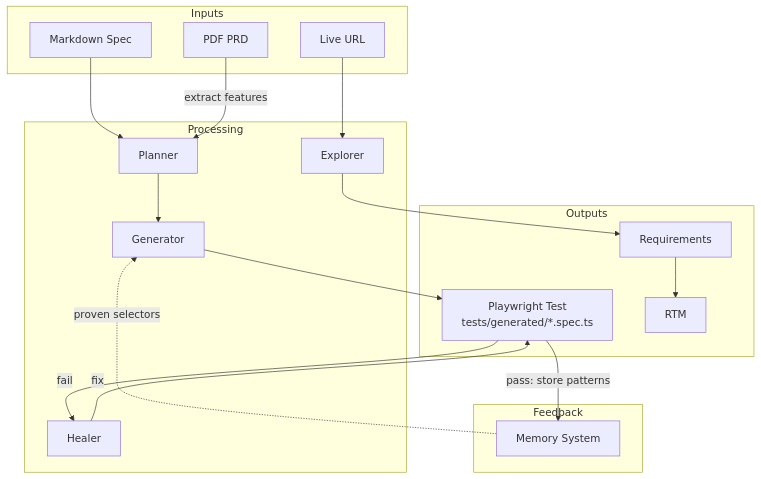
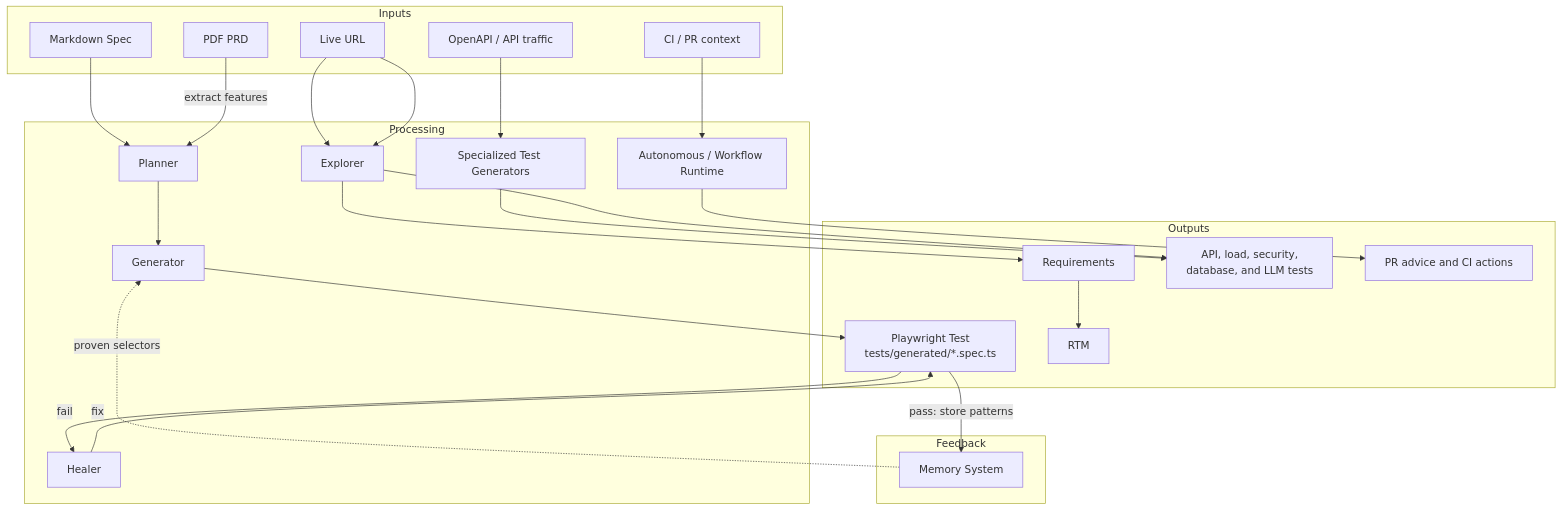
Before and after one commit to NihadMemmedli/quorvex_ai: the second of 2 diagrams in docs/explanation/system-overview.md, drawn with Mermaid. The commit also changed other lines of this file and 122 other files, not shown here.

````diff
--- a/docs/explanation/system-overview.md
+++ b/docs/explanation/system-overview.md
@@ -114,33 +123,42 @@
 ```mermaid
 flowchart TB
     subgraph "Inputs"
         MD["Markdown Spec"]
         PDF["PDF PRD"]
-        URL["Live URL"]
+    URL["Live URL"]
+    OPENAPI["OpenAPI / API traffic"]
+    CI["CI / PR context"]
     end
 
     subgraph "Processing"
         PLAN["Planner"]
         GEN["Generator"]
         HEAL["Healer"]
         EXPLORE["Explorer"]
+        SPECIAL["Specialized Test Generators"]
+        MISSION["Autonomous / Workflow Runtime"]
     end
 
     subgraph "Outputs"
         CODE["Playwright Test<br/>tests/generated/*.spec.ts"]
         REQ["Requirements"]
         RTM["RTM"]
+        API["API, load, security,\ndatabase, and LLM tests"]
+        PR["PR advice and CI actions"]
     end
 
     subgraph "Feedback"
         MEM["Memory System"]
     end
 
     MD --> PLAN --> GEN --> CODE
     PDF -->|"extract features"| PLAN
     URL --> EXPLORE --> REQ --> RTM
+    OPENAPI --> SPECIAL --> API
+    CI --> MISSION --> PR
+    URL --> EXPLORE --> API
 
     CODE -->|"fail"| HEAL -->|"fix"| CODE
     CODE -->|"pass: store patterns"| MEM
     MEM -.->|"proven selectors"| GEN
 ```
````
